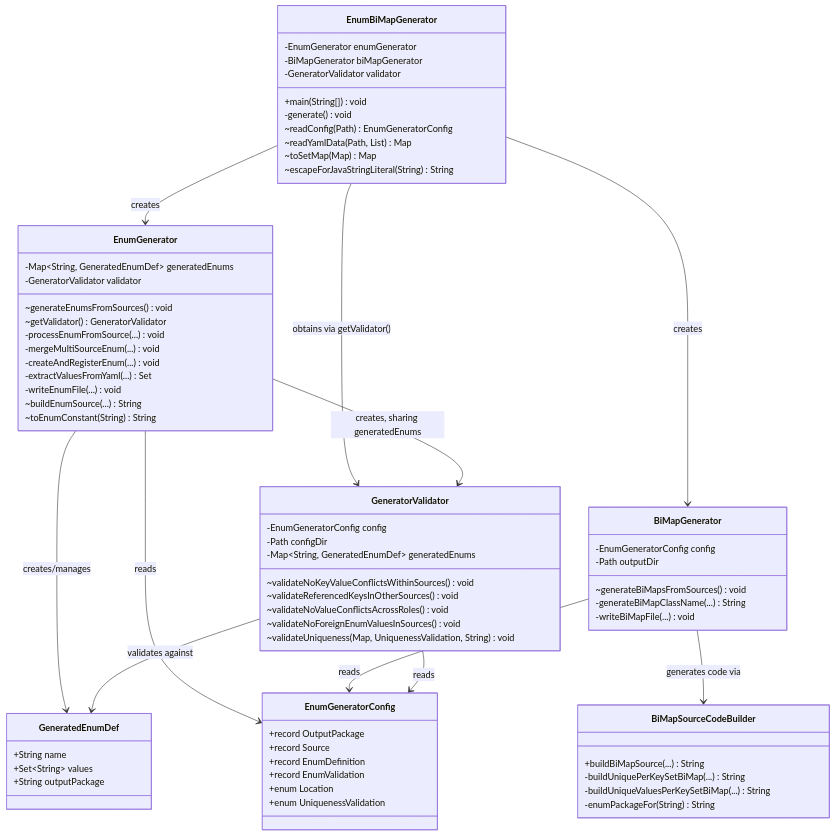
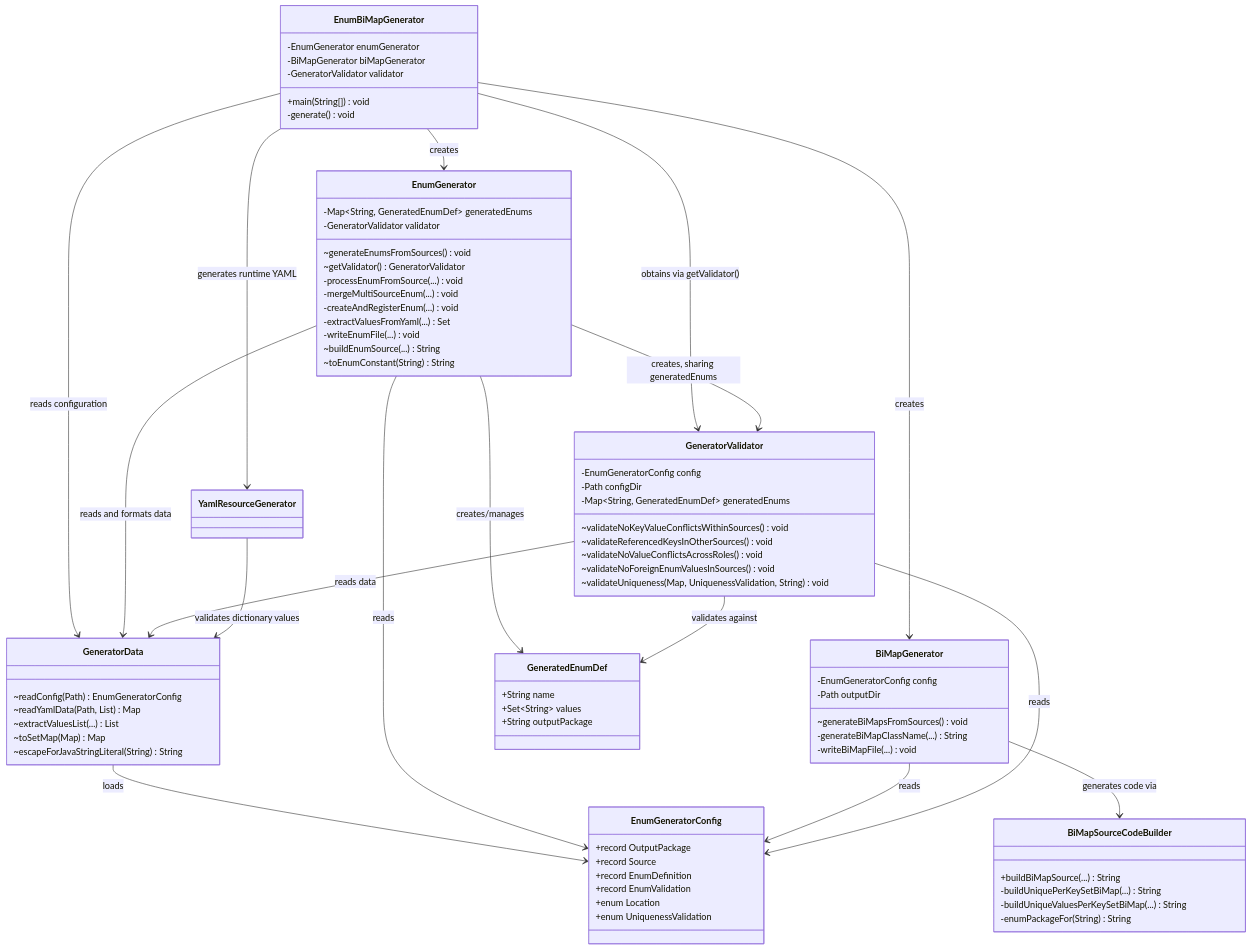
One commit to companieshouse/presenters-api changed the diagram in docs/generator-class-structure.md. Above: the diagram before and after it, drawn with Mermaid. The commit also changed other lines of this file and 8 other files, not shown here.

```diff
--- a/docs/generator-class-structure.md
+++ b/docs/generator-class-structure.md
@@ -79,8 +79,12 @@
         -GeneratorValidator validator
         +main(String[]) void
         -generate() void
+    }
+
+    class GeneratorData {
         ~readConfig(Path) EnumGeneratorConfig
         ~readYamlData(Path, List) Map
+        ~extractValuesList(...) List
         ~toSetMap(Map) Map
         ~escapeForJavaStringLiteral(String) String
     }
@@ -143,6 +147,12 @@
     EnumBiMapGenerator --> EnumGenerator : creates
     EnumBiMapGenerator --> BiMapGenerator : creates
     EnumBiMapGenerator --> GeneratorValidator : obtains via getValidator()
+    EnumBiMapGenerator --> GeneratorData : reads configuration
+    EnumBiMapGenerator --> YamlResourceGenerator : generates runtime YAML
+    EnumGenerator --> GeneratorData : reads and formats data
+    GeneratorValidator --> GeneratorData : reads data
+    YamlResourceGenerator --> GeneratorData : validates dictionary values
+    GeneratorData --> EnumGeneratorConfig : loads
 
     EnumGenerator --> GeneratorValidator : creates, sharing generatedEnums
     EnumGenerator --> GeneratedEnumDef : creates/manages
```
